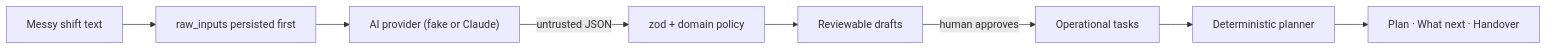
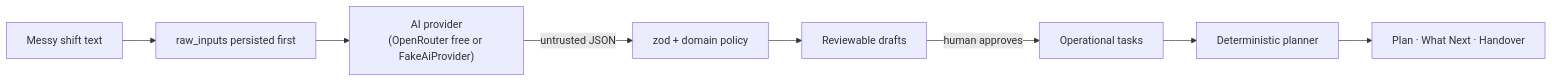
Before and after one commit to Rishidar-lab/shiftpilot-ai: the diagram in README.md, drawn with Mermaid. The commit also changed other lines of this file and 10 other files, not shown here.

````diff
--- a/README.md
+++ b/README.md
@@ -21,10 +62,10 @@
 ```mermaid
 flowchart LR
   A["Messy shift text"] --> B["raw_inputs persisted first"]
-  B --> C["AI provider (fake or Claude)"]
+  B --> C["AI provider<br/>(OpenRouter free or FakeAiProvider)"]
   C -->|"untrusted JSON"| D["zod + domain policy"]
   D --> E["Reviewable drafts"]
   E -->|"human approves"| F["Operational tasks"]
   F --> G["Deterministic planner"]
-  G --> H["Plan · What next · Handover"]
+  G --> H["Plan · What Next · Handover"]
 ```
````
